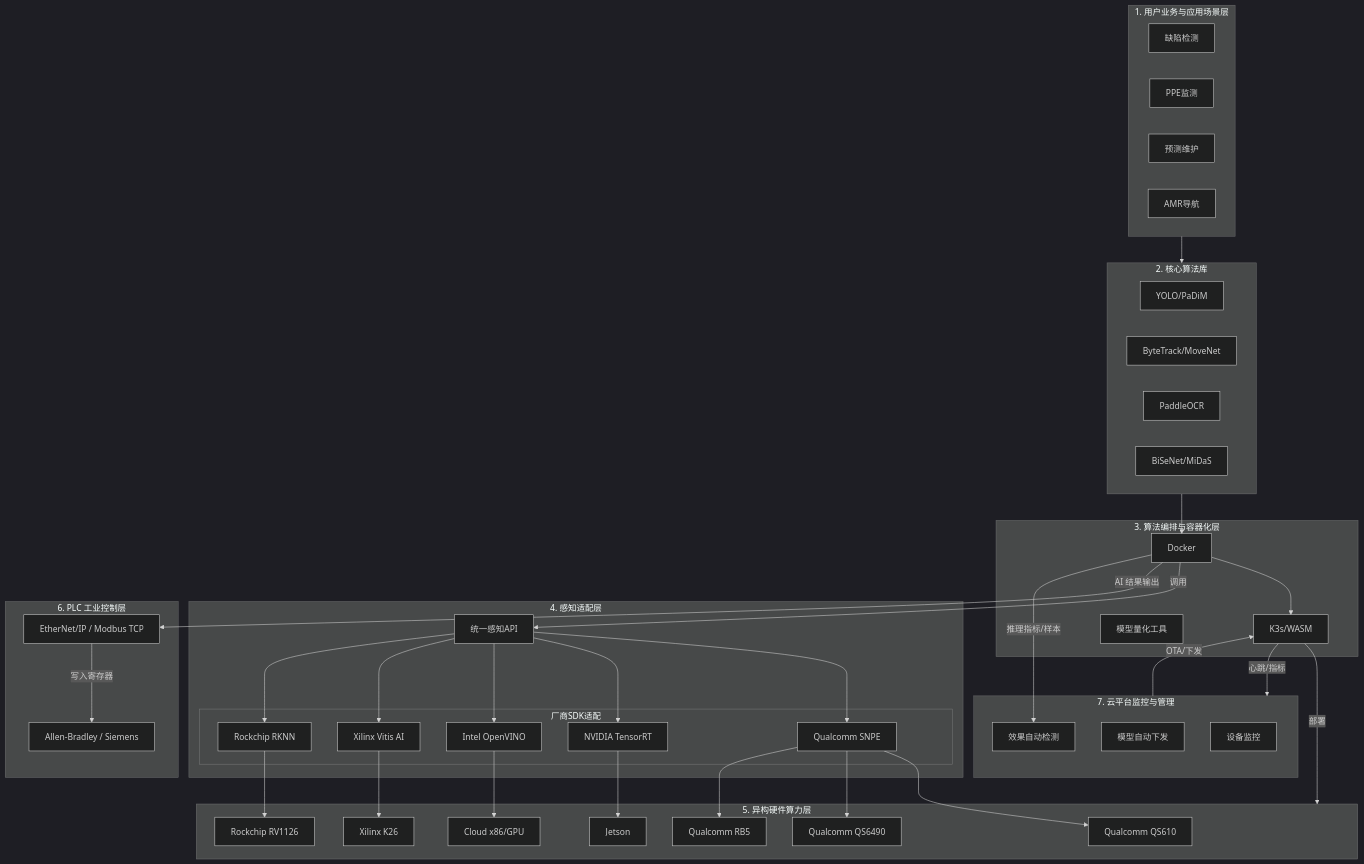
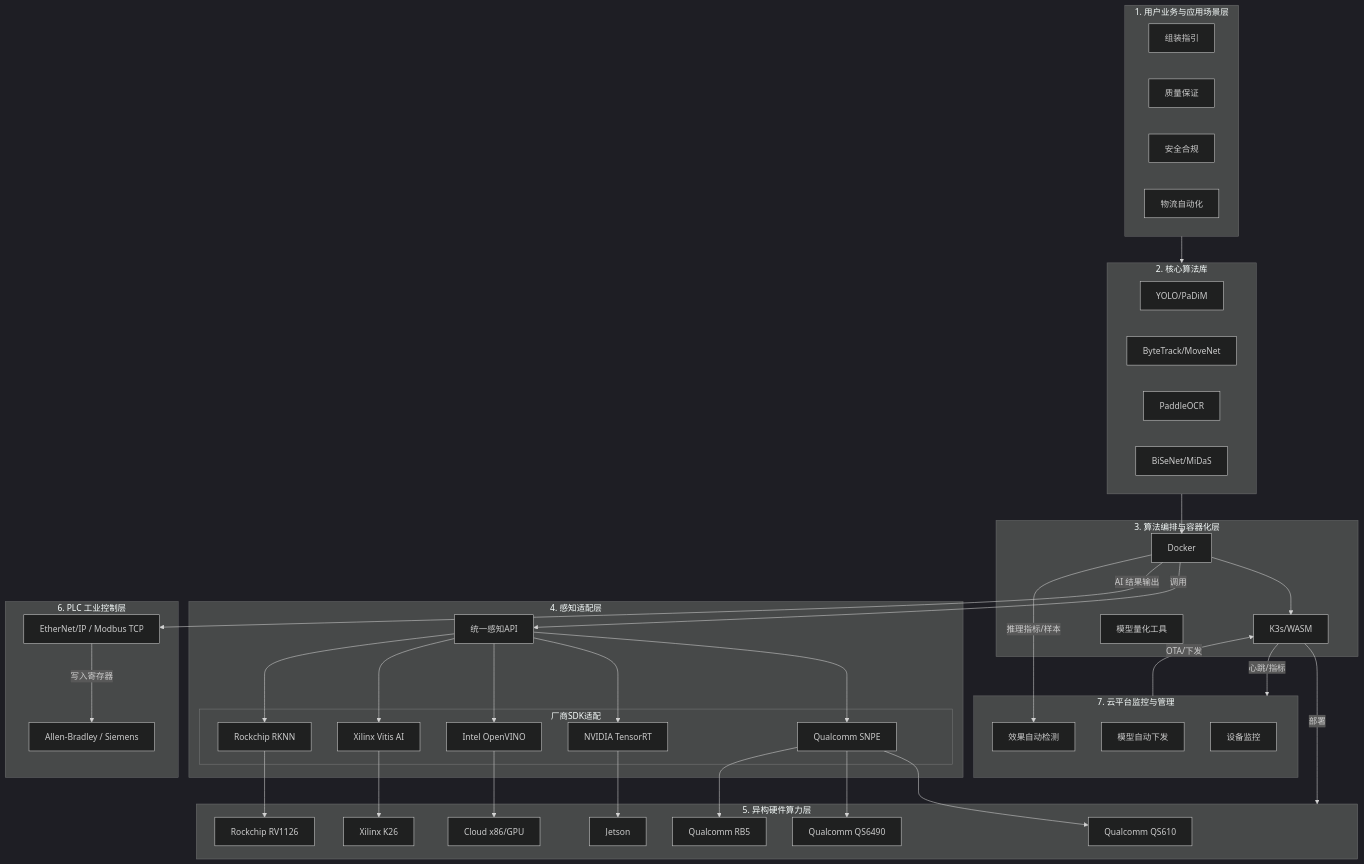
Before and after one commit to JeffRen1977/smartCamera: the first of 3 diagrams in docs/可配置工业相机解决方案.md, drawn with Mermaid (dark theme). The commit also changed other lines of this file and 12 other files, not shown here.

````diff
--- a/docs/可配置工业相机解决方案.md
+++ b/docs/可配置工业相机解决方案.md
@@ -61,77 +61,77 @@
 ```mermaid
 flowchart TD
     subgraph AppLayer [1. 用户业务与应用场景层]
-        SceneA[缺陷检测]
-        SceneB[PPE监测]
-        SceneC[预测维护]
-        SceneD[AMR导航]
+        SceneA[组装指引]
+        SceneB[质量保证]
+        SceneC[安全合规]
+        SceneD[物流自动化]
     end
 
     subgraph AlgoLib [2. 核心算法库]
         YOLO[YOLO/PaDiM]
         Track[ByteTrack/MoveNet]
         OCR[PaddleOCR]
         Seg[BiSeNet/MiDaS]
     end
 
     subgraph Orchestr [3. 算法编排与容器化层]
         Docker[Docker]
         K3s[K3s/WASM]
         Quant[模型量化工具]
     end
 
     subgraph HAL [4. 感知适配层]
         API[统一感知API]
         subgraph Vendor [厂商SDK适配]
             SNPE[Qualcomm SNPE]
             TRT[NVIDIA TensorRT]
             OpenVINO[Intel OpenVINO]
             VitisAI[Xilinx Vitis AI]
             RKNN[Rockchip RKNN]
         end
     end
 
     subgraph HW [5. 异构硬件算力层]
         QS610[Qualcomm QS610]
         QS6490[Qualcomm QS6490]
         RB5[Qualcomm RB5]
         Jetson[Jetson]
         K26[Xilinx K26]
         RV1126[Rockchip RV1126]
         Cloud[Cloud x86/GPU]
     end
 
     subgraph PLCLayer [6. PLC 工业控制层]
         PLCAdapter[EtherNet/IP / Modbus TCP]
         PLCDevice[Allen-Bradley / Siemens]
     end
 
     subgraph CloudLayer [7. 云平台监控与管理]
         Monitor[设备监控]
         ModelDeploy[模型自动下发]
         EffectCheck[效果自动检测]
     end
 
     AppLayer --> AlgoLib
     AlgoLib --> Docker
     Docker --> K3s
     K3s -->|部署| HW
     Docker -->|调用| API
     API --> SNPE
     API --> TRT
     API --> OpenVINO
     API --> VitisAI
     API --> RKNN
     SNPE --> QS610
     SNPE --> QS6490
     SNPE --> RB5
     TRT --> Jetson
     OpenVINO --> Cloud
     VitisAI --> K26
     RKNN --> RV1126
     Docker -->|AI 结果输出| PLCAdapter
     PLCAdapter -->|写入寄存器| PLCDevice
     CloudLayer -->|OTA/下发| K3s
     K3s -->|心跳/指标| CloudLayer
     Docker -->|推理指标/样本| EffectCheck
 ```
````
